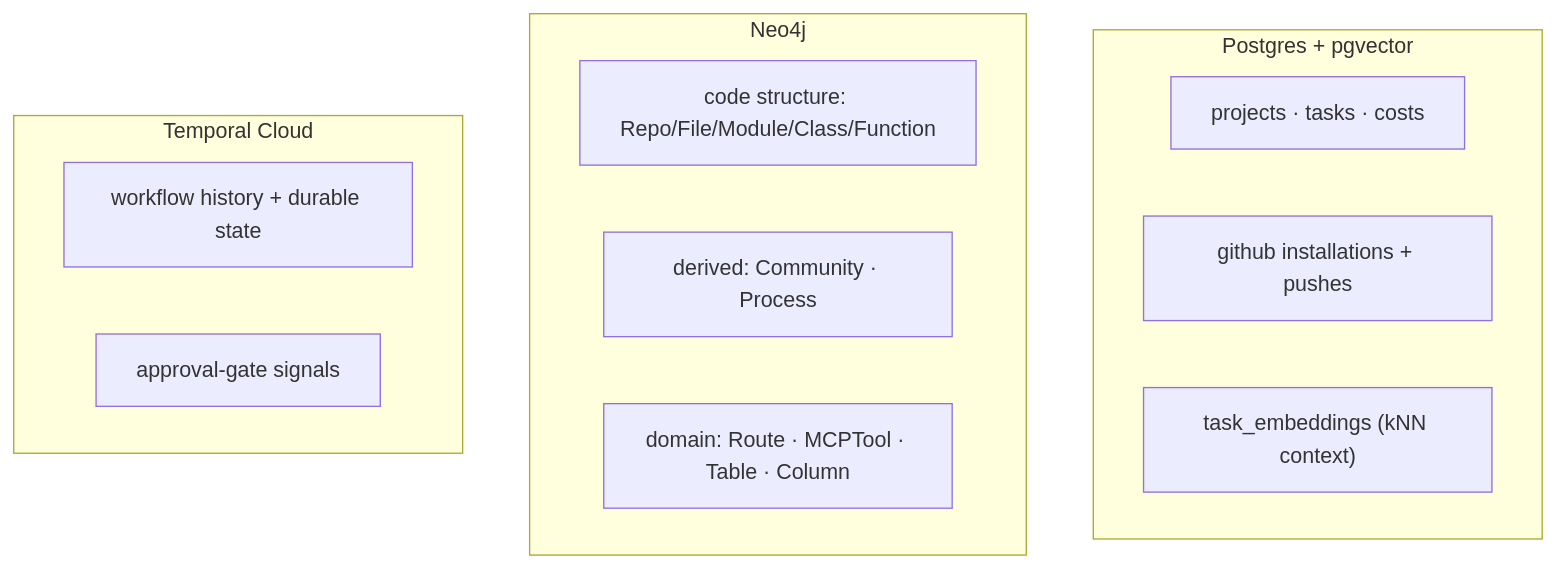
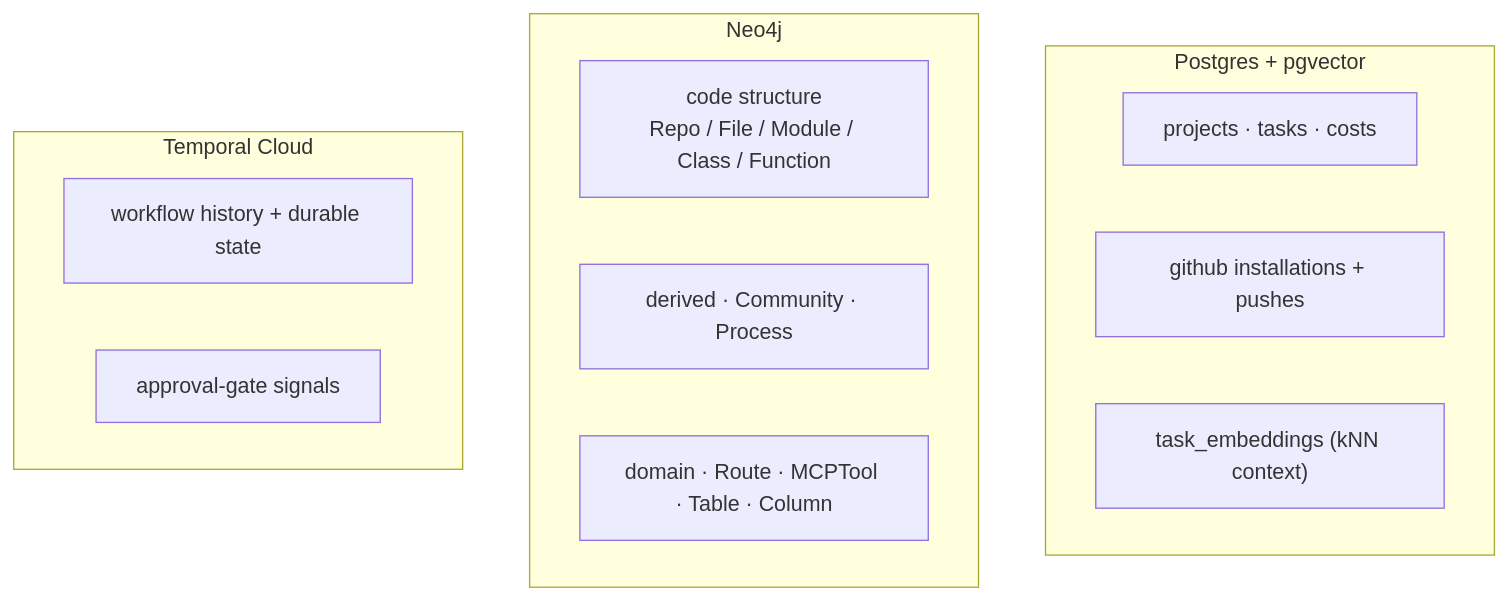
One commit to cintelis/twai-swarm changed the ninth of 9 diagrams in README.md. Above: the diagram before and after it, drawn with Mermaid. The commit also changed other lines of this file, not shown here.

Commit message:
docs: fix Mermaid diagrams that failed to render on GitHub

````diff
--- a/README.md
+++ b/README.md
@@ -316,17 +316,17 @@
 ```mermaid
 flowchart TB
     subgraph pg["Postgres + pgvector"]
         P1["projects · tasks · costs"]
         P2["github installations + pushes"]
         P3["task_embeddings (kNN context)"]
     end
     subgraph neo["Neo4j"]
-        N1["code structure: Repo/File/Module/Class/Function"]
-        N2["derived: Community · Process"]
-        N3["domain: Route · MCPTool · Table · Column"]
+        N1["code structure<br/>Repo / File / Module / Class / Function"]
+        N2["derived · Community · Process"]
+        N3["domain · Route · MCPTool · Table · Column"]
     end
     subgraph tc["Temporal Cloud"]
         T1["workflow history + durable state"]
         T2["approval-gate signals"]
     end
 ```
````
